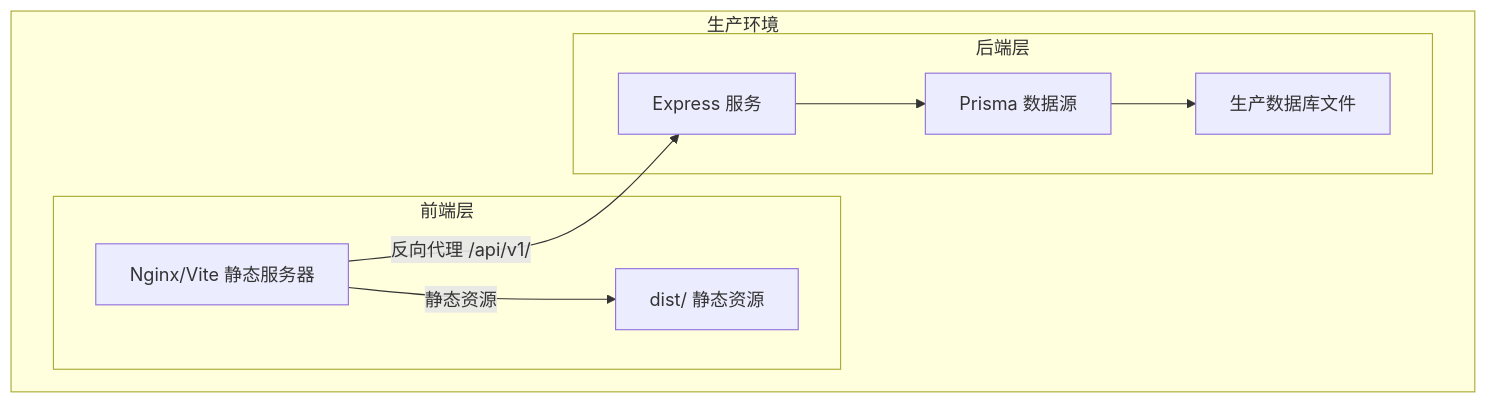
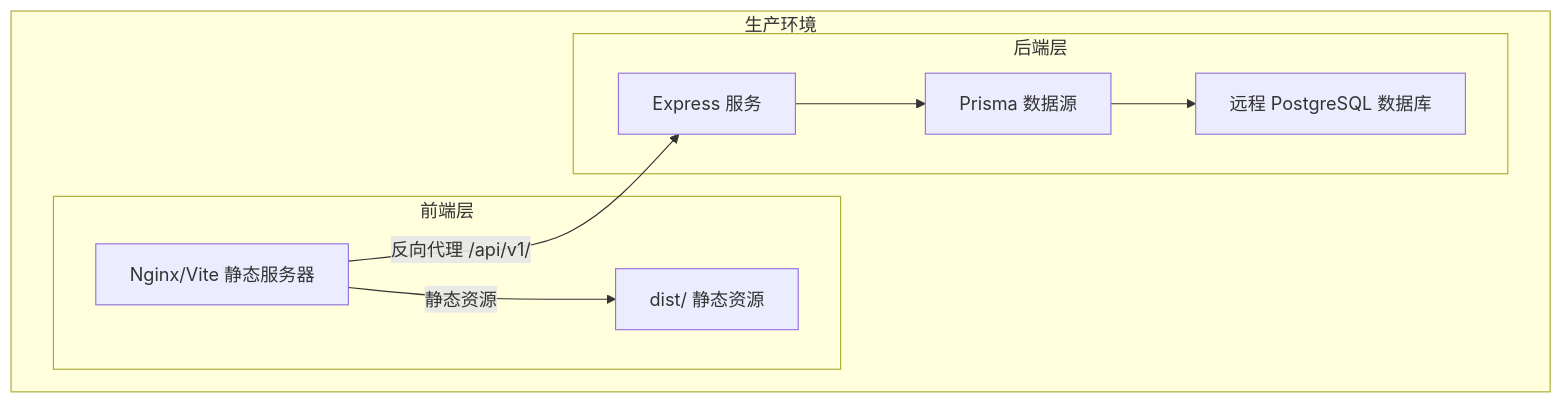
Before and after one commit to iazrael/feihua-ling: the second of 5 diagrams in .qoder/repowiki/zh/content/环境配置与部署/部署指南/部署指南.md, drawn with Mermaid. The commit also changed other lines of this file and 12 other files, not shown here.

````diff
--- a/.qoder/repowiki/zh/content/环境配置与部署/部署指南/部署指南.md
+++ b/.qoder/repowiki/zh/content/环境配置与部署/部署指南/部署指南.md
@@ -98,17 +119,17 @@
 ```mermaid
 graph TB
 subgraph "生产环境"
 subgraph "前端层"
 FE_NGINX["Nginx/Vite 静态服务器"]
 FE_DIST["dist/ 静态资源"]
 end
 subgraph "后端层"
 BE_EXPRESS["Express 服务"]
 BE_PRISMA["Prisma 数据源"]
-DB_FILE["生产数据库文件"]
+DB["远程 PostgreSQL 数据库"]
 end
 FE_NGINX --> |"静态资源"| FE_DIST
 FE_NGINX --> |"反向代理 /api/v1/"| BE_EXPRESS
-BE_EXPRESS --> BE_PRISMA --> DB_FILE
+BE_EXPRESS --> BE_PRISMA --> DB
 end
 ```
````
